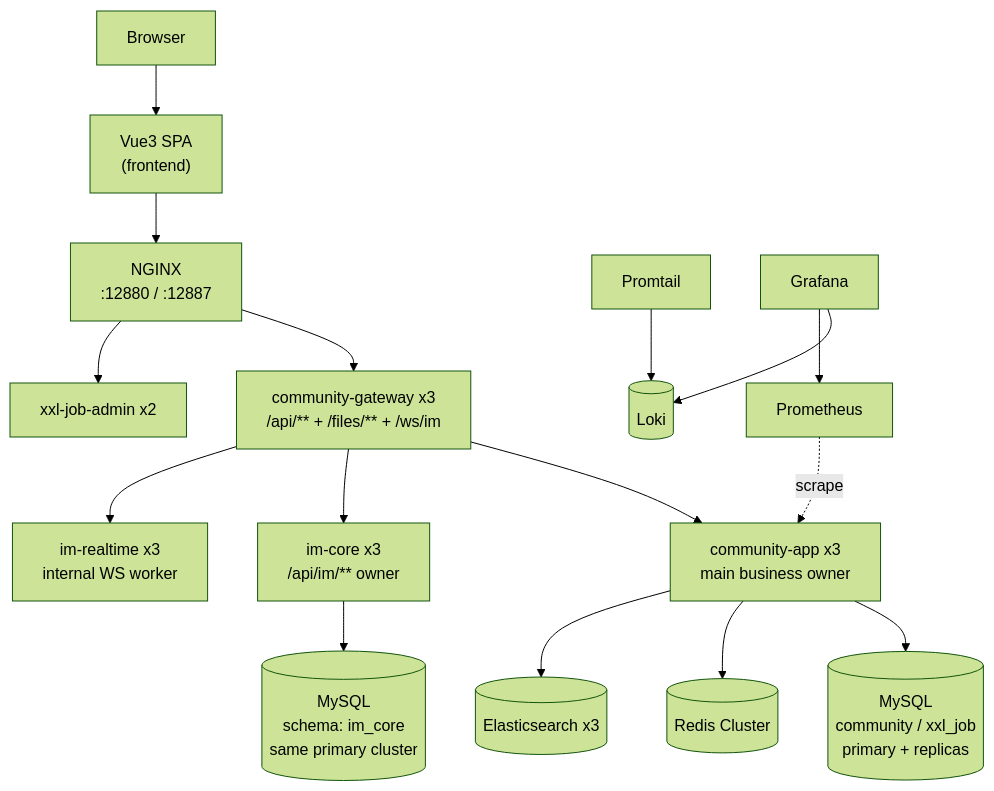
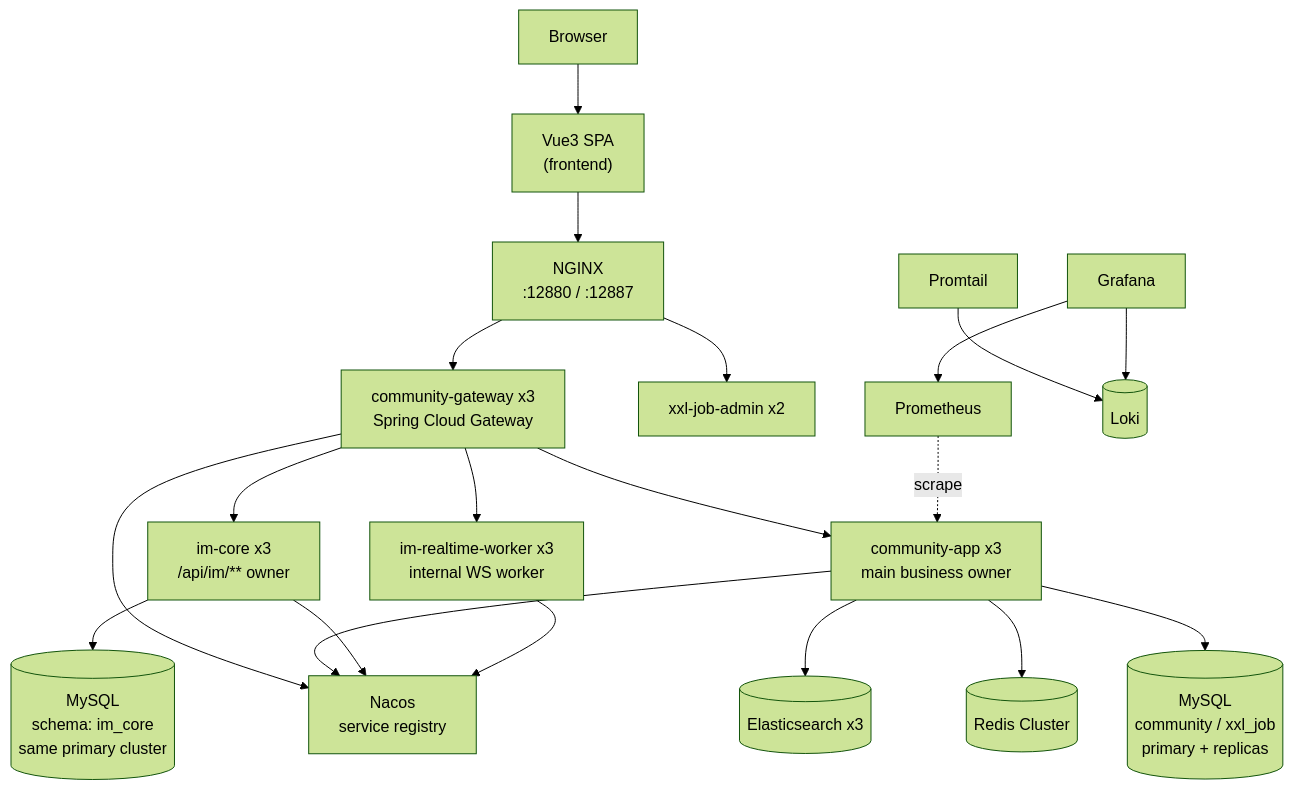
The diagram in docs/ARCHITECTURE.md (skt-shinyruo/community), drawn with Mermaid (forest theme) before and after one commit. The commit also changed other lines of this file and 45 other files, not shown here.

Commit message:
feat(discovery): move gateway runtime to nacos and harden ha paths

````diff
--- a/docs/ARCHITECTURE.md
+++ b/docs/ARCHITECTURE.md
@@ -38,20 +39,24 @@
 ```mermaid
 flowchart TD
     Browser[Browser] --> FE["Vue3 SPA<br/>(frontend)"]
     FE --> NGINX["NGINX<br/>:12880 / :12887"]
-    NGINX --> GW["community-gateway x3<br/>/api/** + /files/** + /ws/im"]
+    NGINX --> GW["community-gateway x3<br/>Spring Cloud Gateway"]
     NGINX --> XXL["xxl-job-admin x2"]
     GW --> APP["community-app x3<br/>main business owner"]
     GW --> IMCORE["im-core x3<br/>/api/im/** owner"]
-    GW --> IMRT["im-realtime x3<br/>internal WS worker"]
+    GW --> IMRT["im-realtime-worker x3<br/>internal WS worker"]
+    GW --> NACOS["Nacos<br/>service registry"]
+    APP --> NACOS
+    IMCORE --> NACOS
+    IMRT --> NACOS
 
     APP --> MySQL[(MySQL<br/>community / xxl_job<br/>primary + replicas)]
     IMCORE --> IMMySQL[(MySQL<br/>schema: im_core<br/>same primary cluster)]
     APP --> Redis[(Redis Cluster)]
     APP --> ES[(Elasticsearch x3)]
 
     Prom[Prometheus] -. scrape .-> APP
     Logs[Promtail] --> Loki[(Loki)]
     Grafana[Grafana] --> Loki
     Grafana --> Prom
 ```
````
